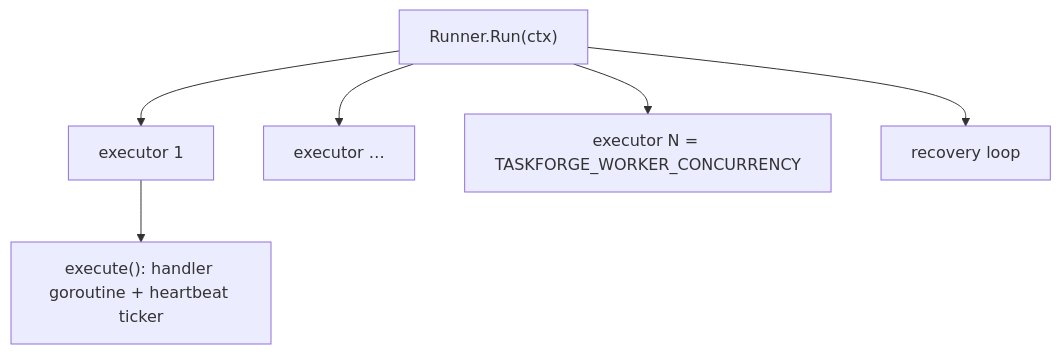
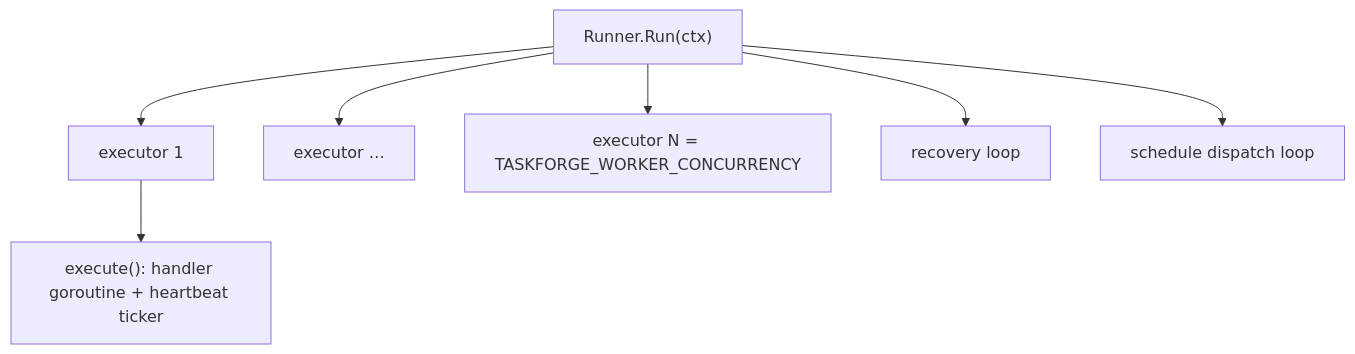
Before and after one commit to Nuryanfa/TaskForge: the eighth of 8 diagrams in docs/DESIGN.md, drawn with Mermaid. The commit also changed other lines of this file and 31 other files, not shown here.

````diff
--- a/docs/DESIGN.md
+++ b/docs/DESIGN.md
@@ -275,8 +295,9 @@
 ```mermaid
 flowchart TB
     Run["Runner.Run(ctx)"] --> E1["executor 1"]
     Run --> E2["executor …"]
     Run --> EN["executor N = TASKFORGE_WORKER_CONCURRENCY"]
     Run --> RL["recovery loop"]
+    Run --> SL["schedule dispatch loop"]
     E1 --> X["execute(): handler goroutine + heartbeat ticker"]
 ```
````
